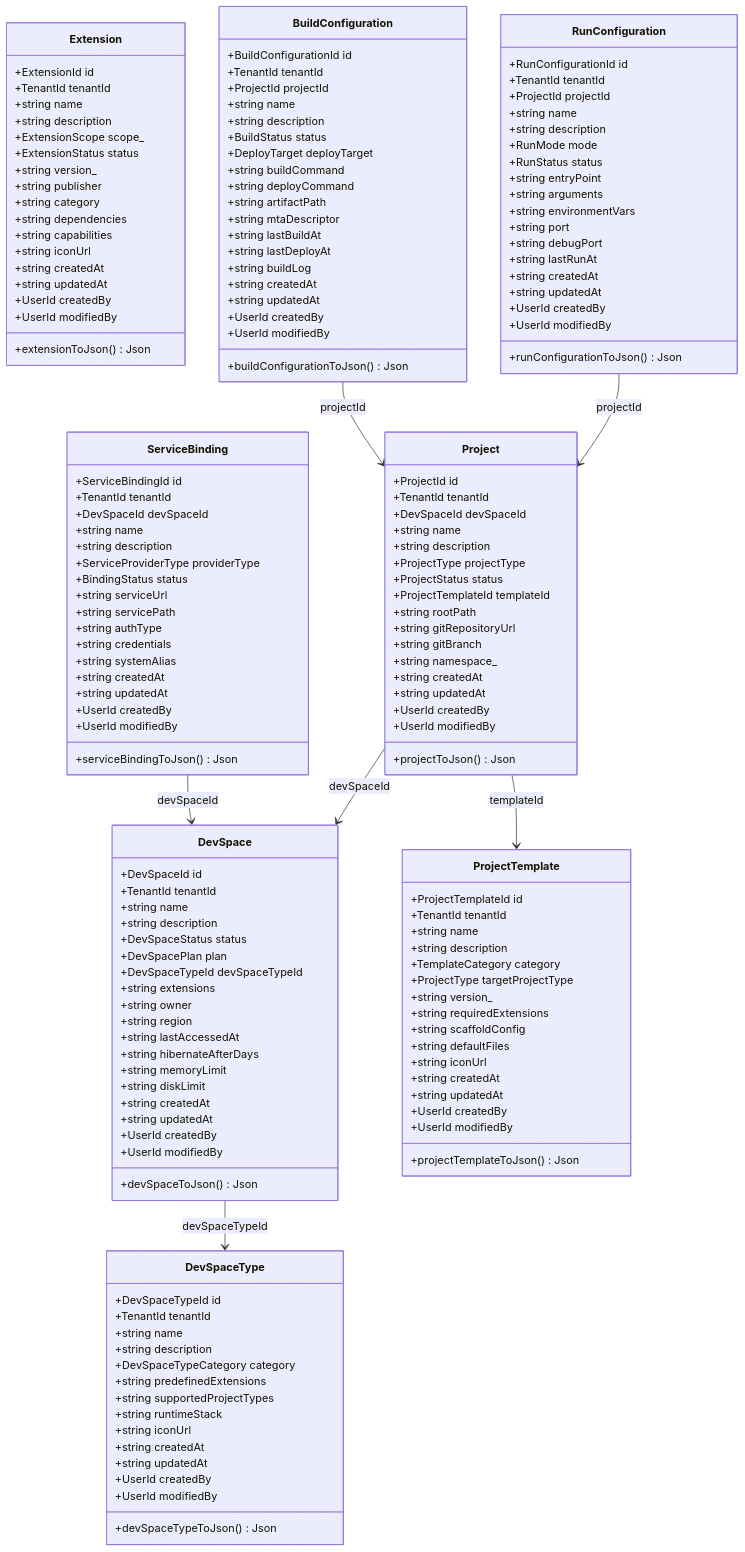
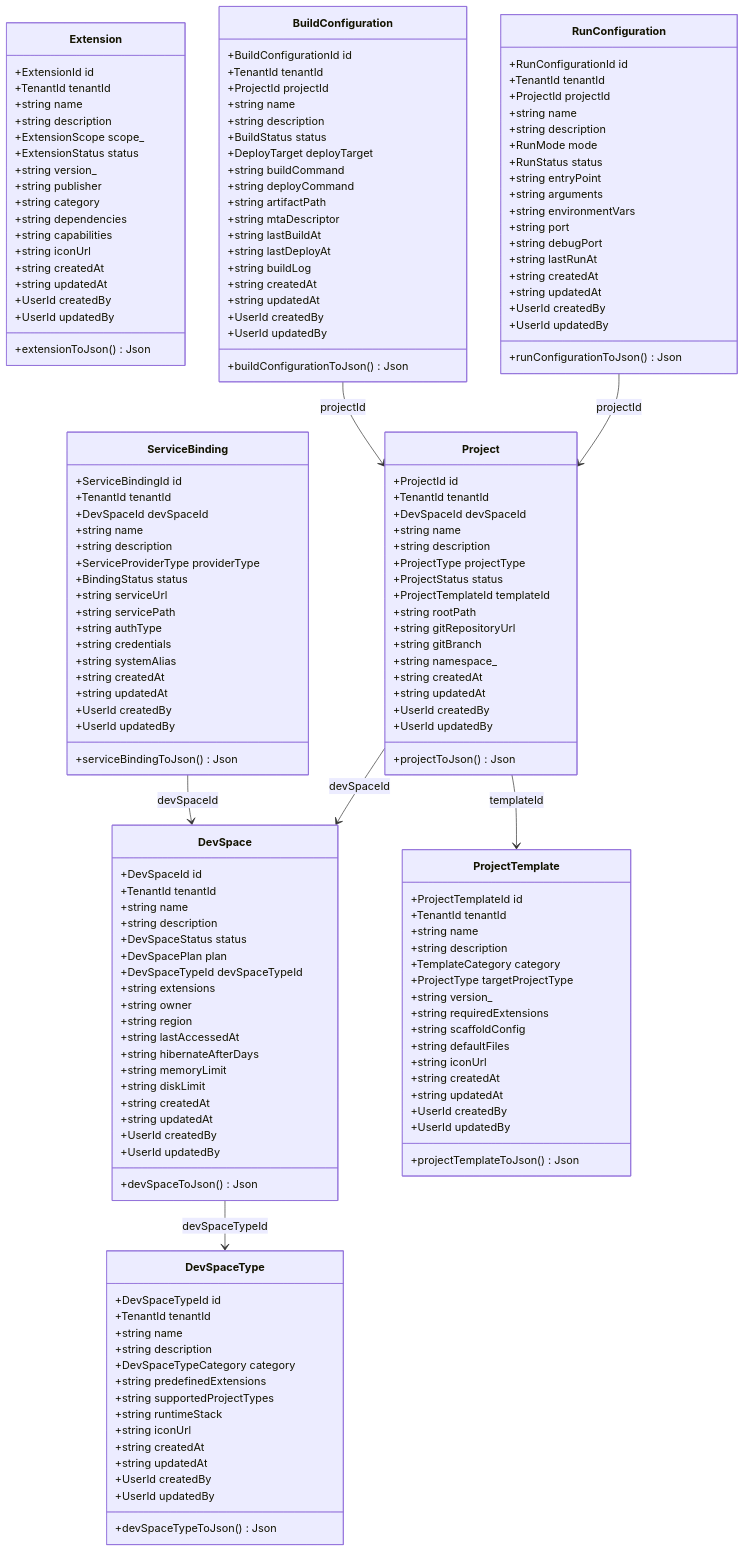
The first of 6 diagrams in application-studio/UML.md (UIMSolutions/uim-platform), drawn with Mermaid before and after one commit. The commit also changed 212 other files, not shown here.

```diff
--- a/application-studio/UML.md
+++ b/application-studio/UML.md
@@ -22,7 +22,7 @@
         +string createdAt
         +string updatedAt
         +UserId createdBy
-        +UserId modifiedBy
+        +UserId updatedBy
         +devSpaceToJson() Json
     }
 
@@ -39,7 +39,7 @@
         +string createdAt
         +string updatedAt
         +UserId createdBy
-        +UserId modifiedBy
+        +UserId updatedBy
         +devSpaceTypeToJson() Json
     }
 
@@ -59,7 +59,7 @@
         +string createdAt
         +string updatedAt
         +UserId createdBy
-        +UserId modifiedBy
+        +UserId updatedBy
         +extensionToJson() Json
     }
 
@@ -79,7 +79,7 @@
         +string createdAt
         +string updatedAt
         +UserId createdBy
-        +UserId modifiedBy
+        +UserId updatedBy
         +projectToJson() Json
     }
 
@@ -98,7 +98,7 @@
         +string createdAt
         +string updatedAt
         +UserId createdBy
-        +UserId modifiedBy
+        +UserId updatedBy
         +projectTemplateToJson() Json
     }
 
@@ -118,7 +118,7 @@
         +string createdAt
         +string updatedAt
         +UserId createdBy
-        +UserId modifiedBy
+        +UserId updatedBy
         +serviceBindingToJson() Json
     }
 
@@ -139,7 +139,7 @@
         +string createdAt
         +string updatedAt
         +UserId createdBy
-        +UserId modifiedBy
+        +UserId updatedBy
         +runConfigurationToJson() Json
     }
 
@@ -161,7 +161,7 @@
         +string createdAt
         +string updatedAt
         +UserId createdBy
-        +UserId modifiedBy
+        +UserId updatedBy
         +buildConfigurationToJson() Json
     }
 
```
